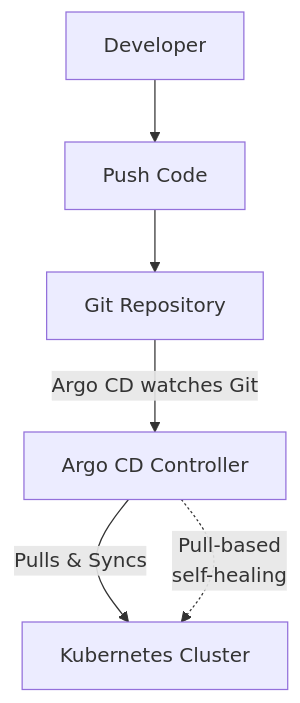
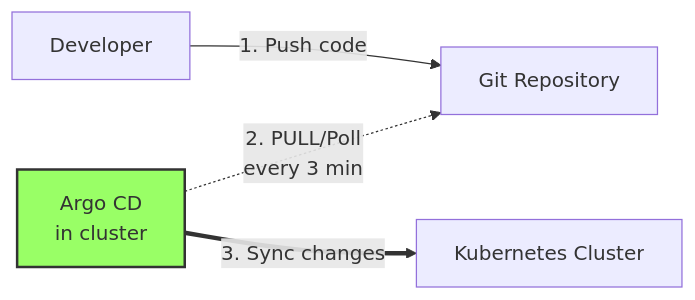
Before and after one commit to eislab-cps/m7011e: the second of 3 diagrams in 6-argocd-gitops/README.md, drawn with Mermaid. The commit also changed other lines of this file and 1 other file, not shown here.

````diff
--- a/6-argocd-gitops/README.md
+++ b/6-argocd-gitops/README.md
@@ -30,9 +30,9 @@
 ```mermaid
-flowchart TB
-    Dev[Developer] --> Push[Push Code]
-    Push --> Git[Git Repository]
-    Git -->|Argo CD watches Git| Watches[Argo CD Controller]
-    Watches -->|Pulls & Syncs| K8s[Kubernetes Cluster]
+flowchart LR
+    Dev[Developer] -->|1. Push code| Git[Git Repository]
+    ArgoCD[Argo CD<br/>in cluster]
+    ArgoCD -.->|2. PULL/Poll<br/>every 3 min| Git
+    ArgoCD ==>|3. Sync changes| K8s[Kubernetes Cluster]
 
-    Watches -.->|Pull-based<br/>self-healing| K8s
+    style ArgoCD fill:#9f6,stroke:#333,stroke-width:2px
 ```
````
